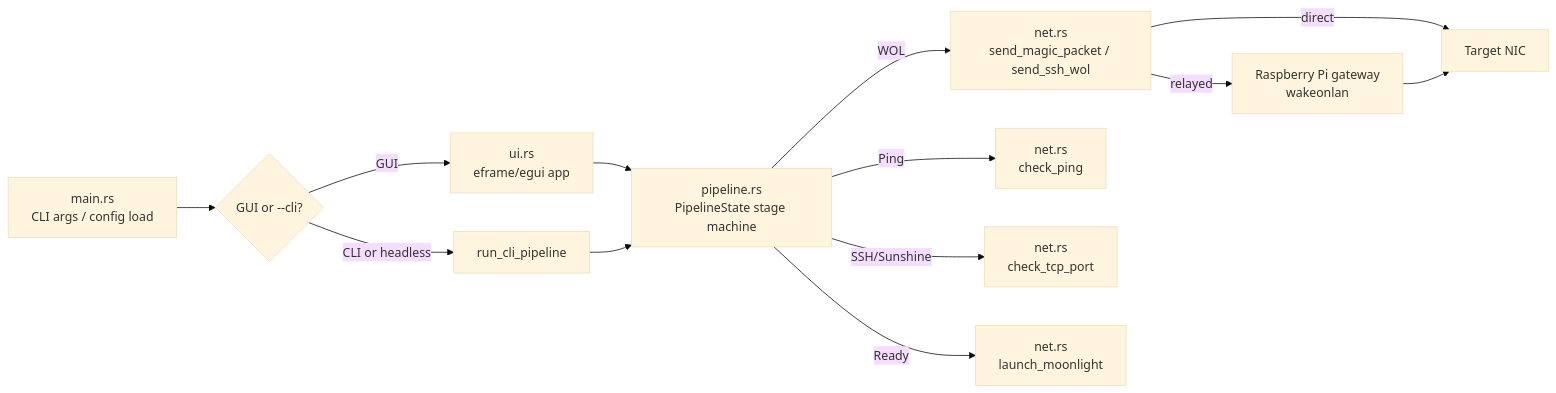
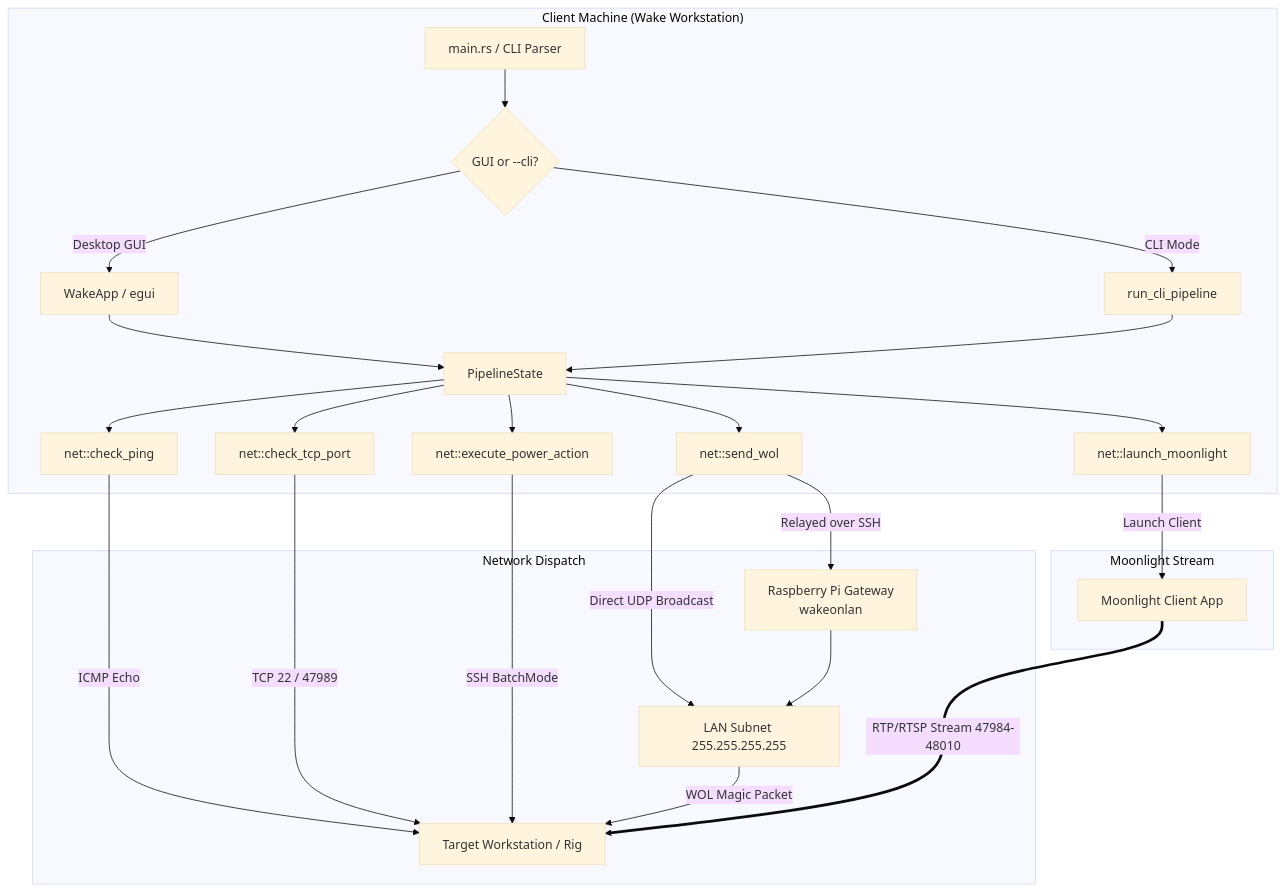
The second of 2 diagrams in README.md (Cpleasance/wake-workstation), drawn with Mermaid (base theme) before and after one commit. The commit also changed other lines of this file and 21 other files, not shown here.

Commit message:
feat: complete open-source release readiness with CI/CD, documentation, PowerAction enum, and security policy

````diff
--- a/README.md
+++ b/README.md
@@ -183,15 +334,30 @@
 ```mermaid
-flowchart LR
-    A[main.rs\nCLI args / config load] --> B{GUI or --cli?}
-    B -->|GUI| C[ui.rs\neframe/egui app]
-    B -->|CLI or headless| D[run_cli_pipeline]
-    C --> E[pipeline.rs\nPipelineState stage machine]
-    D --> E
-    E -->|WOL| F1[net.rs\nsend_magic_packet / send_ssh_wol]
-    E -->|Ping| F2[net.rs\ncheck_ping]
-    E -->|SSH/Sunshine| F3[net.rs\ncheck_tcp_port]
-    E -->|Ready| F4[net.rs\nlaunch_moonlight]
-    F1 -->|direct| G[Target NIC]
-    F1 -->|relayed| H[Raspberry Pi gateway\nwakeonlan]
-    H --> G
+flowchart TD
+    subgraph Client ["Client Machine (Wake Workstation)"]
+        A[main.rs / CLI Parser] --> B{GUI or --cli?}
+        B -->|Desktop GUI| C[WakeApp / egui]
+        B -->|CLI Mode| D[run_cli_pipeline]
+        C --> E[PipelineState]
+        D --> E
+        E --> F1[net::send_wol]
+        E --> F2[net::check_ping]
+        E --> F3[net::check_tcp_port]
+        E --> F4[net::launch_moonlight]
+        E --> F5[net::execute_power_action]
+    end
+
+    subgraph Network ["Network Dispatch"]
+        F1 -->|Direct UDP Broadcast| G1[LAN Subnet 255.255.255.255]
+        F1 -->|Relayed over SSH| G2[Raspberry Pi Gateway\nwakeonlan]
+        G2 --> G1
+        F2 -->|ICMP Echo| H[Target Workstation / Rig]
+        F3 -->|TCP 22 / 47989| H
+        F5 -->|SSH BatchMode| H
+        G1 -->|WOL Magic Packet| H
+    end
+
+    subgraph Streaming ["Moonlight Stream"]
+        F4 -->|Launch Client| M[Moonlight Client App]
+        M ===>|RTP/RTSP Stream 47984-48010| H
+    end
 ```
````
